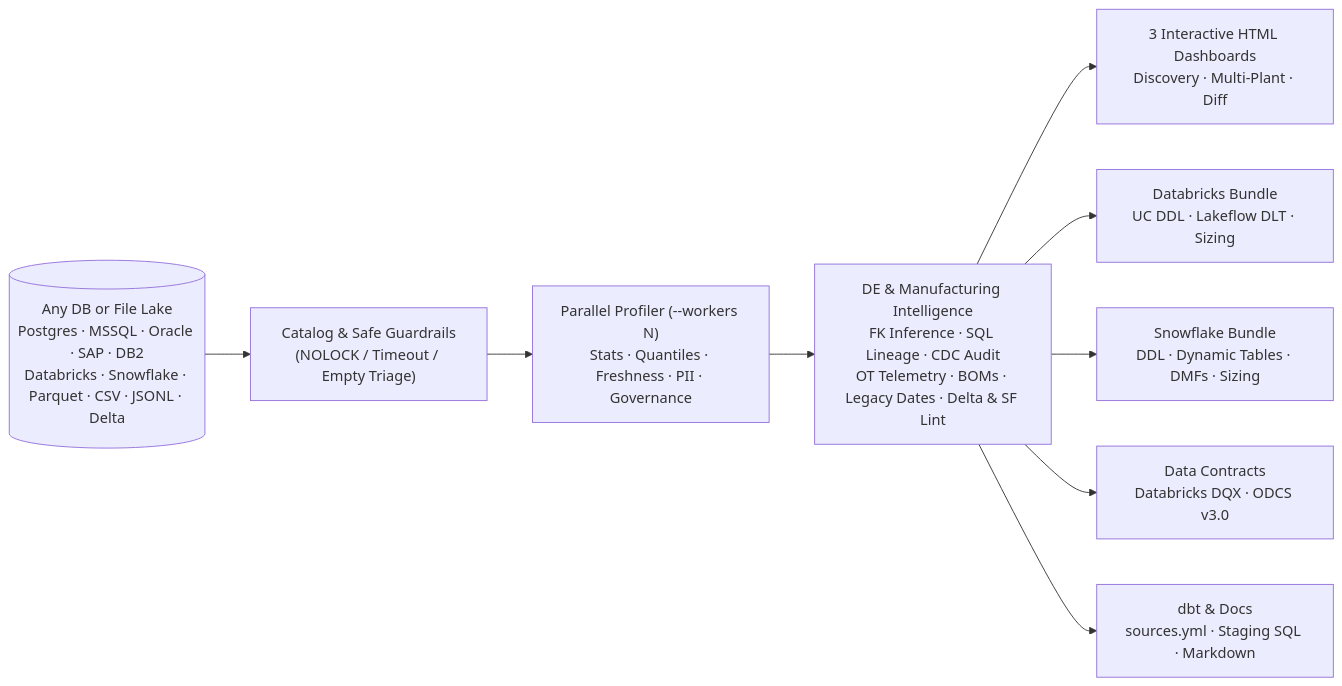
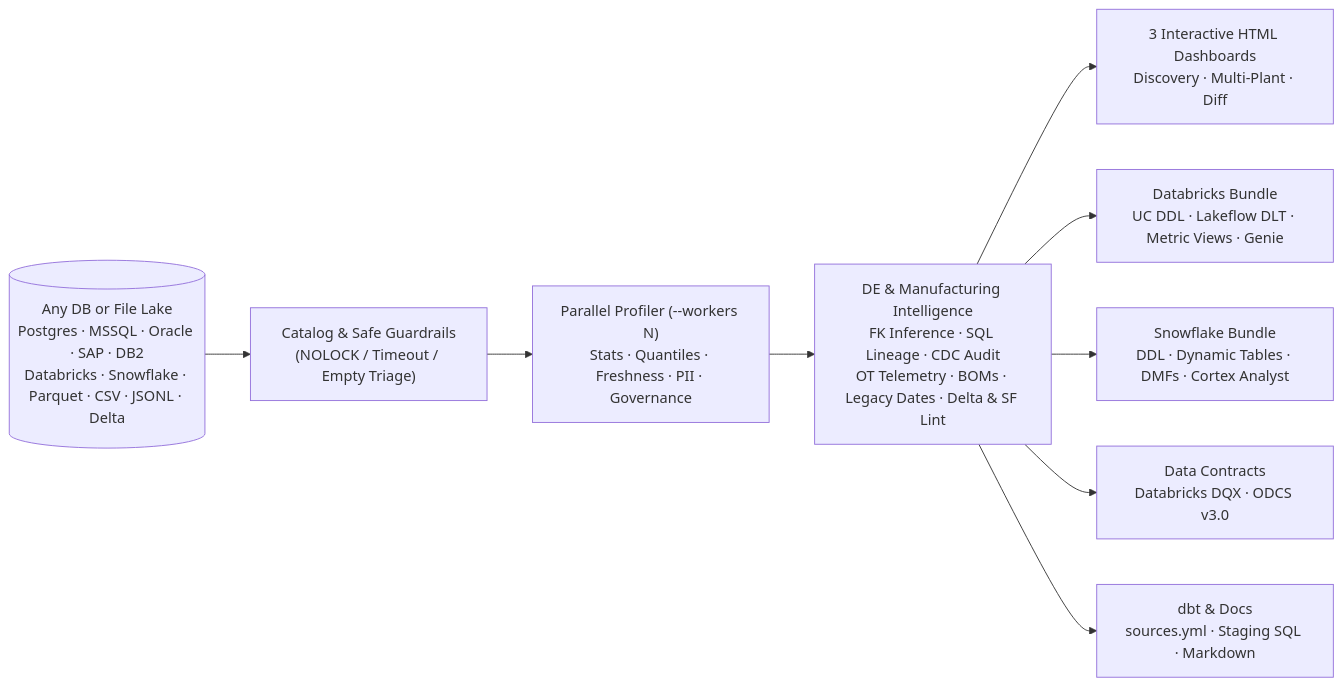
The diagram in README.md (henrikbernard/tick), drawn with Mermaid before and after one commit. The commit also changed other lines of this file and 14 other files, not shown here.

Commit message:
feat(semantic): add AI semantic layer export for Cortex Analyst, Databricks Metric Views & Genie (v0.7.0)

````diff
--- a/README.md
+++ b/README.md
@@ -9,11 +9,11 @@
 ```mermaid
 flowchart LR
     SRC[("Any DB or File Lake\nPostgres · MSSQL · Oracle · SAP · DB2\nDatabricks · Snowflake · Parquet · CSV · JSONL · Delta")] --> CAT["Catalog & Safe Guardrails\n(NOLOCK / Timeout / Empty Triage)"]
     CAT --> PROF["Parallel Profiler (--workers N)\nStats · Quantiles · Freshness · PII · Governance"]
     PROF --> INT["DE & Manufacturing Intelligence\nFK Inference · SQL Lineage · CDC Audit\nOT Telemetry · BOMs · Legacy Dates · Delta & SF Lint"]
     INT --> HTML["3 Interactive HTML Dashboards\nDiscovery · Multi-Plant · Diff"]
-    INT --> DBX["Databricks Bundle\nUC DDL · Lakeflow DLT · Sizing"]
-    INT --> SF["Snowflake Bundle\nDDL · Dynamic Tables · DMFs · Sizing"]
+    INT --> DBX["Databricks Bundle\nUC DDL · Lakeflow DLT · Metric Views · Genie"]
+    INT --> SF["Snowflake Bundle\nDDL · Dynamic Tables · DMFs · Cortex Analyst"]
     INT --> CTR["Data Contracts\nDatabricks DQX · ODCS v3.0"]
     INT --> DBT["dbt & Docs\nsources.yml · Staging SQL · Markdown"]
 ```
````
